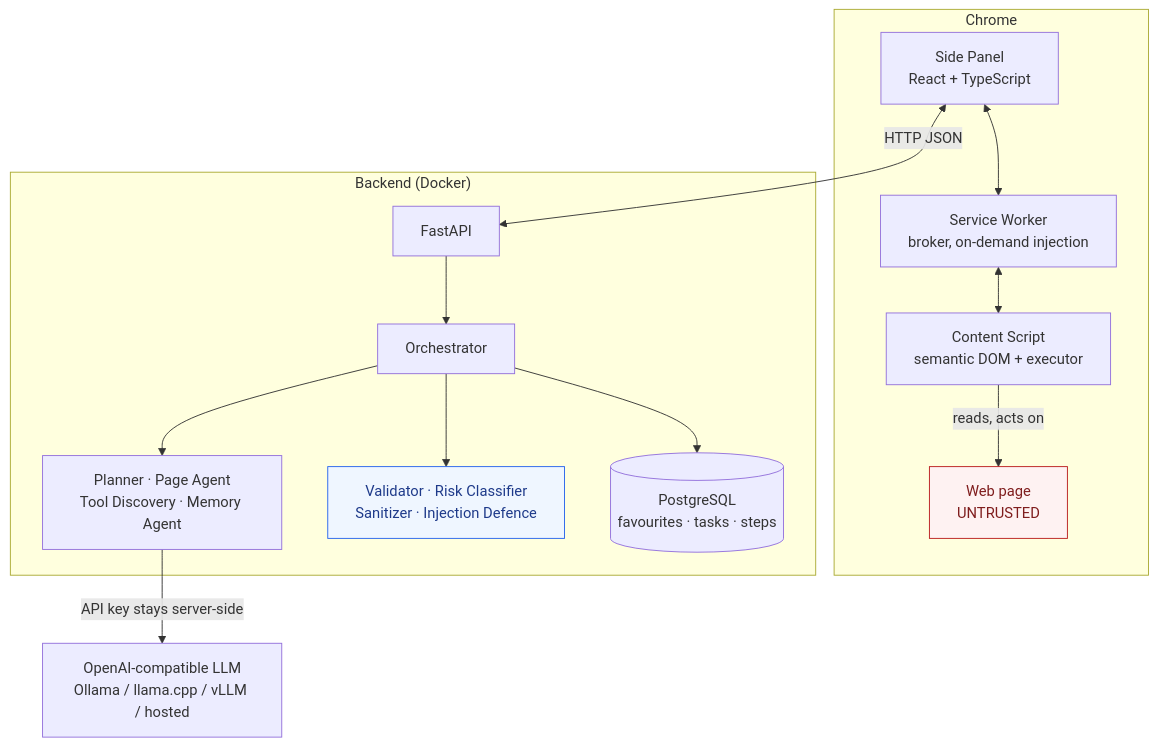
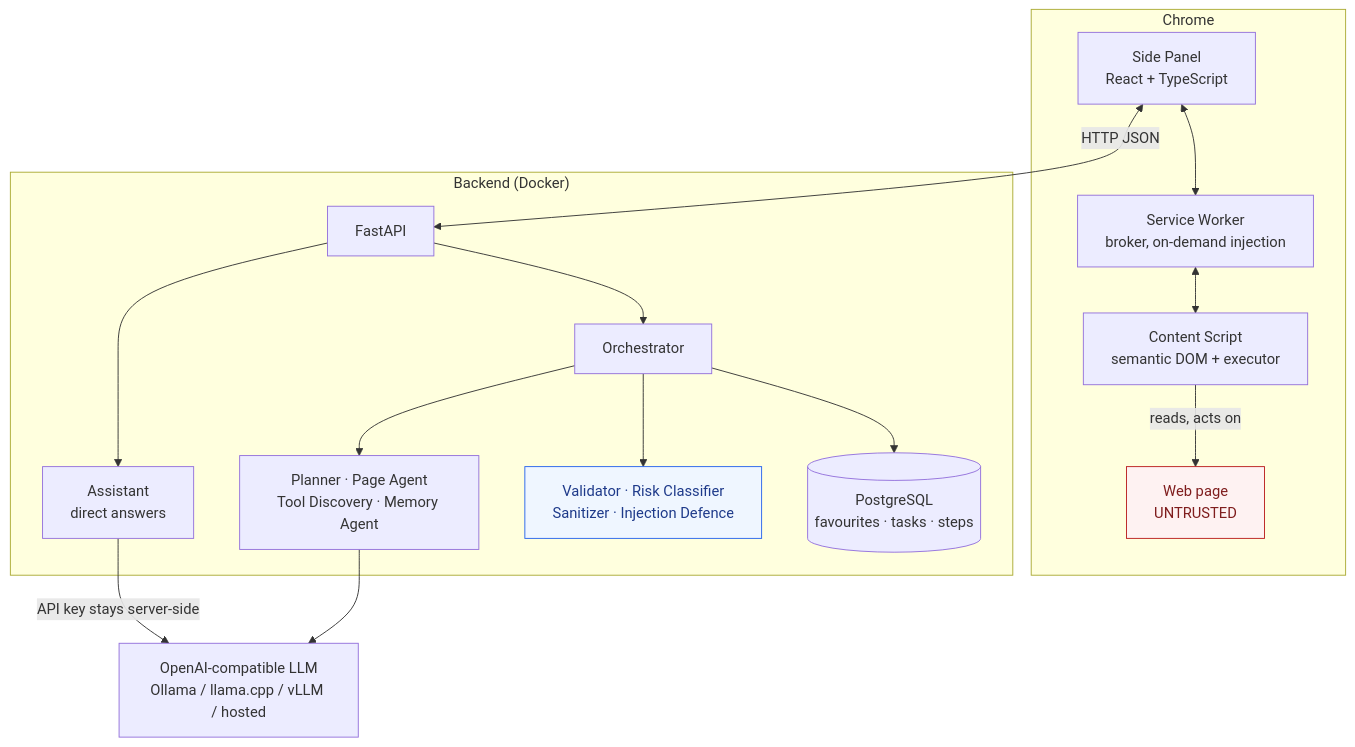
Before and after one commit to m0han-raj/surfai: the second of 2 diagrams in README.md, drawn with Mermaid. The commit also changed other lines of this file and 23 other files, not shown here.

````diff
--- a/README.md
+++ b/README.md
@@ -15,34 +40,37 @@
 ```mermaid
 flowchart TB
     subgraph Browser["Chrome"]
         SP["Side Panel<br/>React + TypeScript"]
         SW["Service Worker<br/>broker, on-demand injection"]
         CS["Content Script<br/>semantic DOM + executor"]
         PAGE["Web page<br/>UNTRUSTED"]
     end
 
     subgraph Server["Backend (Docker)"]
         API["FastAPI"]
+        ASSIST["Assistant<br/>direct answers"]
         ORCH["Orchestrator"]
         AG["Planner · Page Agent<br/>Tool Discovery · Memory Agent"]
         SEC["Validator · Risk Classifier<br/>Sanitizer · Injection Defence"]
         DB[("PostgreSQL<br/>favourites · tasks · steps")]
     end
 
     LLM["OpenAI-compatible LLM<br/>Ollama / llama.cpp / vLLM / hosted"]
 
     SP <--> SW
     SW <--> CS
     CS -->|"reads, acts on"| PAGE
     SP <-->|"HTTP JSON"| API
+    API --> ASSIST
     API --> ORCH
     ORCH --> AG
     ORCH --> SEC
     ORCH --> DB
-    AG -->|"API key stays server-side"| LLM
+    ASSIST -->|"API key stays server-side"| LLM
+    AG --> LLM
 
     classDef untrusted fill:#fef2f2,stroke:#b91c1c,color:#7f1d1d
     classDef security fill:#eff6ff,stroke:#2563eb,color:#1e3a8a
     class PAGE untrusted
     class SEC security
 ```
````
